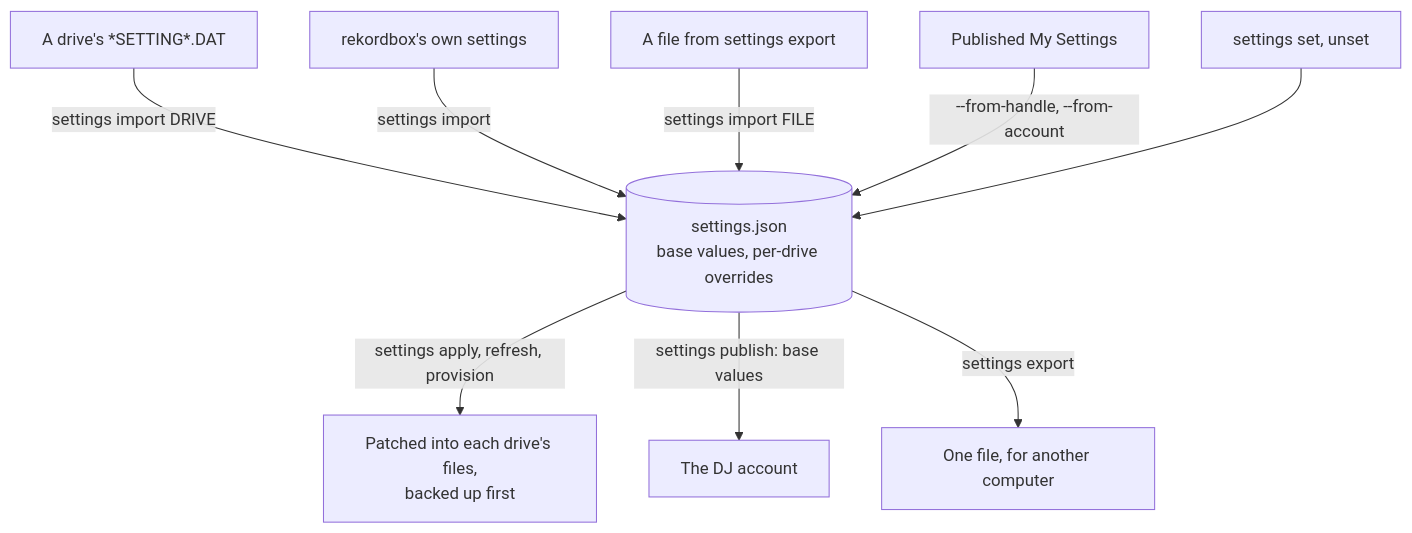
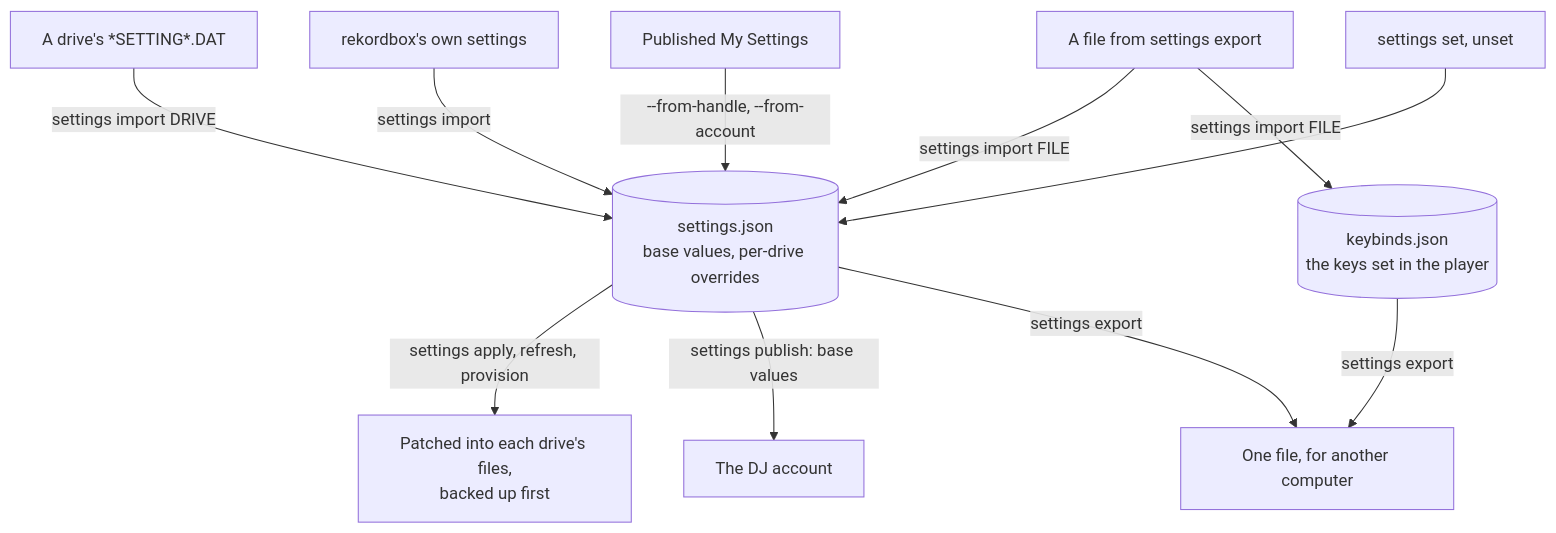
One commit to cutenode/localnetwork changed the second of 10 diagrams in apps/locallibrary/docs/diagrams/data.md. Above: the diagram before and after it, drawn with Mermaid. The commit also changed other lines of this file and 1 other file, not shown here.

First line of the commit message:
docs(locallibrary): the player's keybinds record and file in the diagrams

````diff
--- a/apps/locallibrary/docs/diagrams/data.md
+++ b/apps/locallibrary/docs/diagrams/data.md
@@ -42,11 +42,13 @@
 ```mermaid
 flowchart TD
     drive["A drive's *SETTING*.DAT"] -->|"settings import DRIVE"| profile[("settings.json<br/>base values, per-drive overrides")]
     rekordbox["rekordbox's own settings"] -->|"settings import"| profile
     file["A file from settings export"] -->|"settings import FILE"| profile
     published["Published My Settings"] -->|"--from-handle, --from-account"| profile
     cli["settings set, unset"] --> profile
     profile -->|"settings apply, refresh, provision"| patched["Patched into each drive's files,<br/>backed up first"]
     profile -->|"settings publish: base values"| record["The DJ account"]
     profile -->|"settings export"| out["One file, for another computer"]
+    keys[("keybinds.json<br/>the keys set in the player")] -->|"settings export"| out
+    file -->|"settings import FILE"| keys
 ```
````
